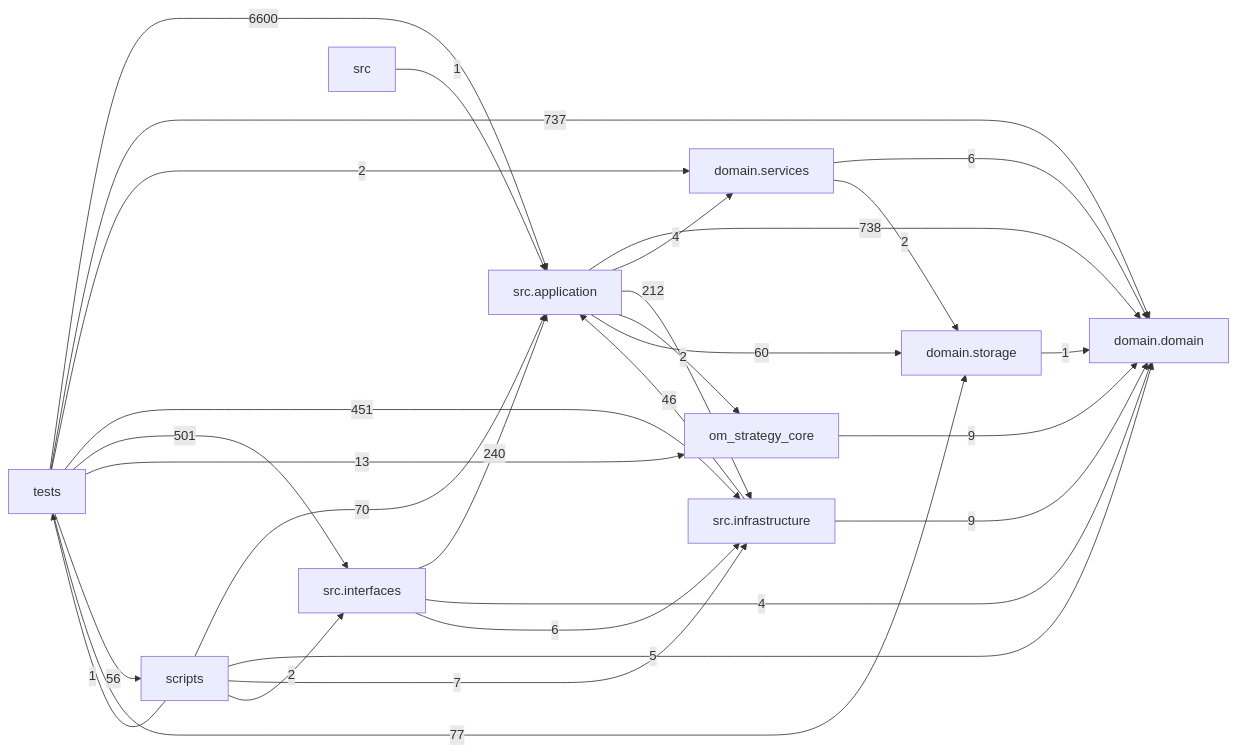
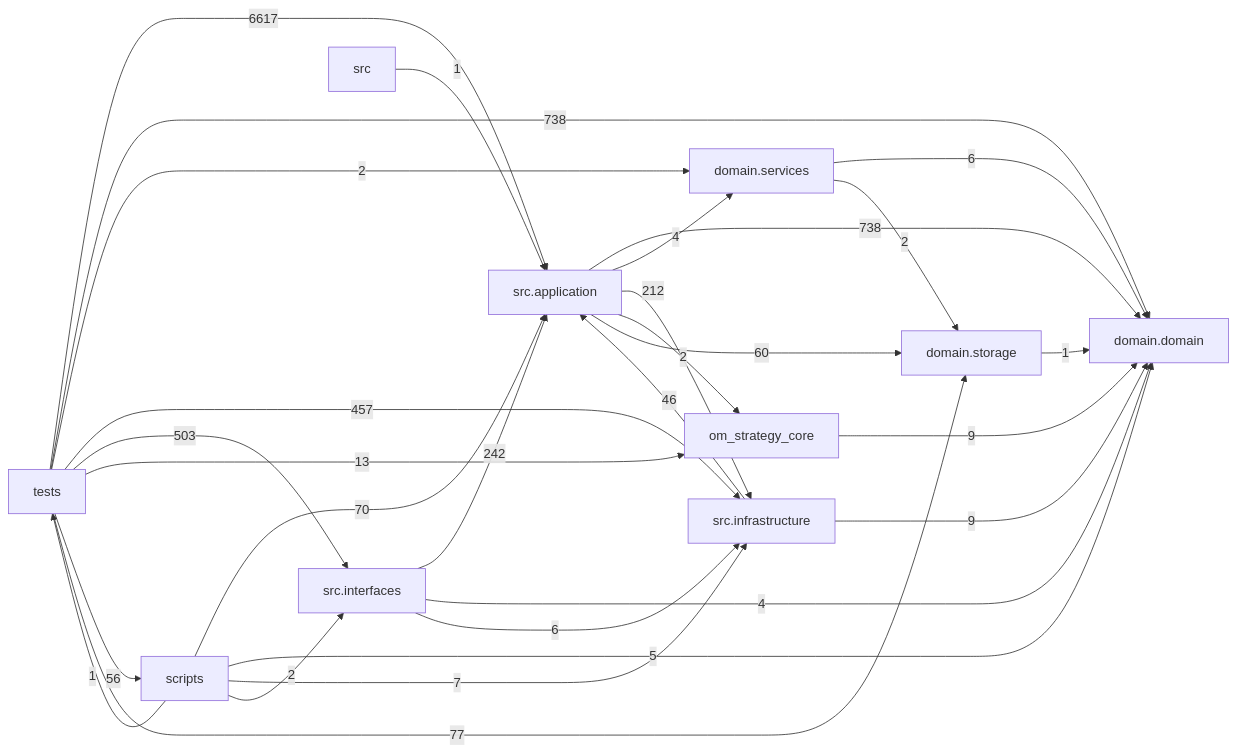
Before and after one commit to liuxie066/options-monitor: the diagram in docs/DEPENDENCY_GRAPH.md, drawn with Mermaid. The commit also changed other lines of this file and 55 other files, not shown here.

````diff
--- a/docs/DEPENDENCY_GRAPH.md
+++ b/docs/DEPENDENCY_GRAPH.md
@@ -24,39 +24,39 @@
 ```mermaid
 flowchart LR
   tests["tests"]
   scripts["scripts"]
   interfaces["src.interfaces"]
   application["src.application"]
   infrastructure["src.infrastructure"]
   domain_services["domain.services"]
   domain["domain.domain"]
   storage["domain.storage"]
   application -->|738| domain
   application -->|4| domain_services
   application -->|212| infrastructure
   application -->|2| om_strategy_core
   application -->|60| storage
   domain_services -->|6| domain
   domain_services -->|2| storage
   infrastructure -->|46| application
   infrastructure -->|9| domain
-  interfaces -->|240| application
+  interfaces -->|242| application
   interfaces -->|4| domain
   interfaces -->|6| infrastructure
   om_strategy_core -->|9| domain
   scripts -->|70| application
   scripts -->|5| domain
   scripts -->|7| infrastructure
   scripts -->|2| interfaces
   scripts -->|1| tests
   src -->|1| application
   storage -->|1| domain
-  tests -->|6600| application
-  tests -->|737| domain
+  tests -->|6617| application
+  tests -->|738| domain
   tests -->|2| domain_services
-  tests -->|451| infrastructure
-  tests -->|501| interfaces
+  tests -->|457| infrastructure
+  tests -->|503| interfaces
   tests -->|13| om_strategy_core
   tests -->|56| scripts
   tests -->|77| storage
 ```
````
